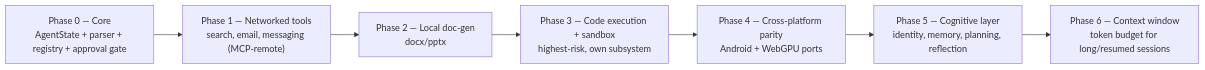
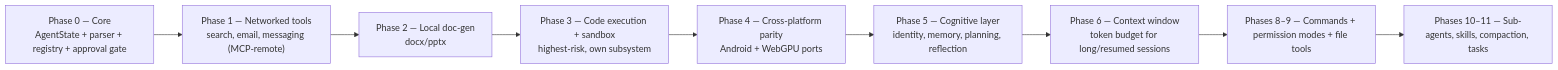
One commit to TLfarazghani/agent-core changed the second of 3 diagrams in docs/architecture.md. Above: the diagram before and after it, drawn with Mermaid. The commit also changed other lines of this file and 41 other files, not shown here.

Commit message:
Phase 10 (bounded sub-agents + skills) + Phase 11 (compaction + memory extraction + tasks)

````diff
--- a/docs/architecture.md
+++ b/docs/architecture.md
@@ -45,4 +45,4 @@
 ```mermaid
 graph LR
-    P0["Phase 0 — Core<br/>AgentState + parser + registry + approval gate"] --> P1["Phase 1 — Networked tools<br/>search, email, messaging (MCP-remote)"] --> P2["Phase 2 — Local doc-gen<br/>docx/pptx"] --> P3["Phase 3 — Code execution + sandbox<br/>highest-risk, own subsystem"] --> P4["Phase 4 — Cross-platform parity<br/>Android + WebGPU ports"] --> P5["Phase 5 — Cognitive layer<br/>identity, memory, planning, reflection"] --> P6["Phase 6 — Context window<br/>token budget for long/resumed sessions"]
+    P0["Phase 0 — Core<br/>AgentState + parser + registry + approval gate"] --> P1["Phase 1 — Networked tools<br/>search, email, messaging (MCP-remote)"] --> P2["Phase 2 — Local doc-gen<br/>docx/pptx"] --> P3["Phase 3 — Code execution + sandbox<br/>highest-risk, own subsystem"] --> P4["Phase 4 — Cross-platform parity<br/>Android + WebGPU ports"] --> P5["Phase 5 — Cognitive layer<br/>identity, memory, planning, reflection"] --> P6["Phase 6 — Context window<br/>token budget for long/resumed sessions"] --> P8["Phases 8–9 — Commands + permission modes + file tools"] --> P10["Phases 10–11 — Sub-agents, skills, compaction, tasks"]
 ```
````
